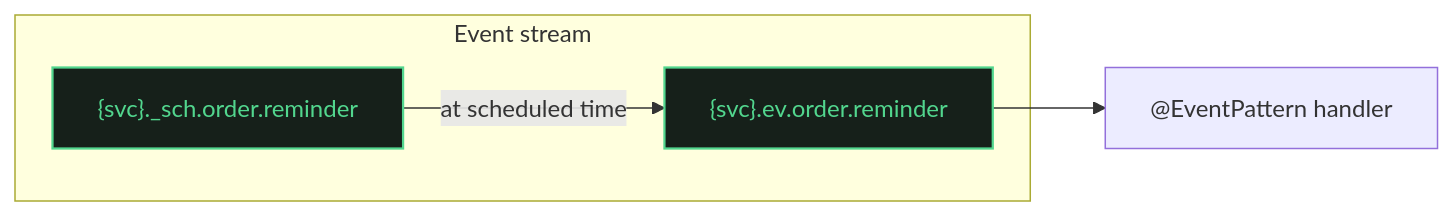
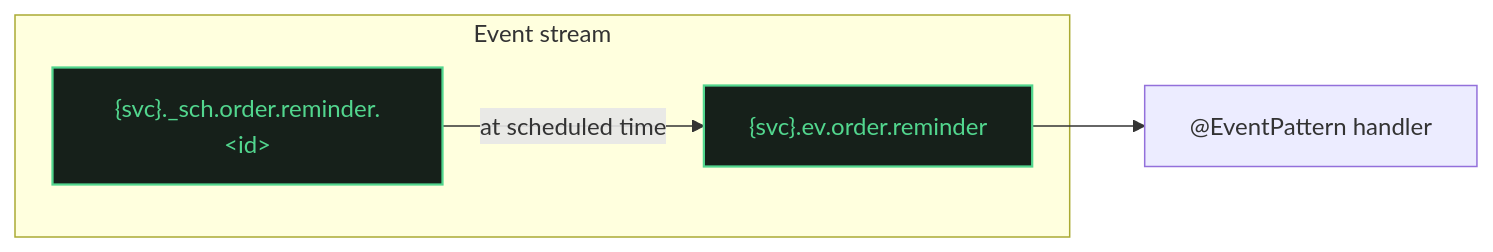
Before and after one commit to HorizonRepublic/nestjs-jetstream: the diagram in website/docs/guides/scheduling.md, drawn with Mermaid. The commit also changed other lines of this file and 5 other files, not shown here.

````diff
--- a/website/docs/guides/scheduling.md
+++ b/website/docs/guides/scheduling.md
@@ -78,13 +78,13 @@
 ```mermaid
 flowchart LR
     subgraph stream["Event stream"]
-        sch["{svc}._sch.order.reminder"]
+        sch["{svc}._sch.order.reminder.&lt;id&gt;"]
         ev["{svc}.ev.order.reminder"]
     end
 
     sch -- "at scheduled time" --> ev
     ev --> handler["@EventPattern handler"]
 
     classDef lib fill:#16201a,stroke:#52d68e,stroke-width:1.5px,color:#52d68e;
     class sch,ev lib;
 ```
````
